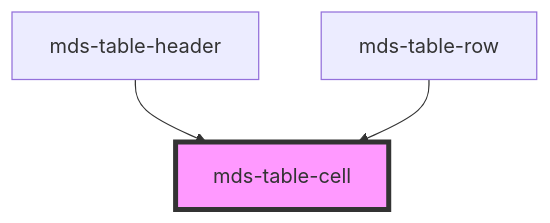
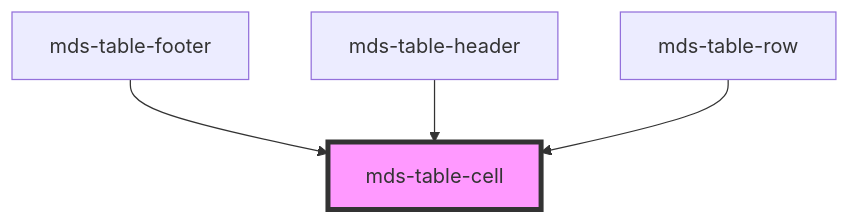
The diagram in projects/stencil/src/components/mds-table-cell/readme.md (magma-design-system/magma), drawn with Mermaid before and after one commit. The commit also changed other lines of this file and 8 other files, not shown here.

First line of the commit message:
feat(mds-table-footer,mds-table): line the footer cells up with the rows

````diff
--- a/projects/stencil/src/components/mds-table-cell/readme.md
+++ b/projects/stencil/src/components/mds-table-cell/readme.md
@@ -322,6 +323,7 @@
 ```mermaid
 graph TD;
+  mds-table-footer --> mds-table-cell
   mds-table-header --> mds-table-cell
   mds-table-row --> mds-table-cell
   style mds-table-cell fill:#f9f,stroke:#333,stroke-width:4px
 ```
````
